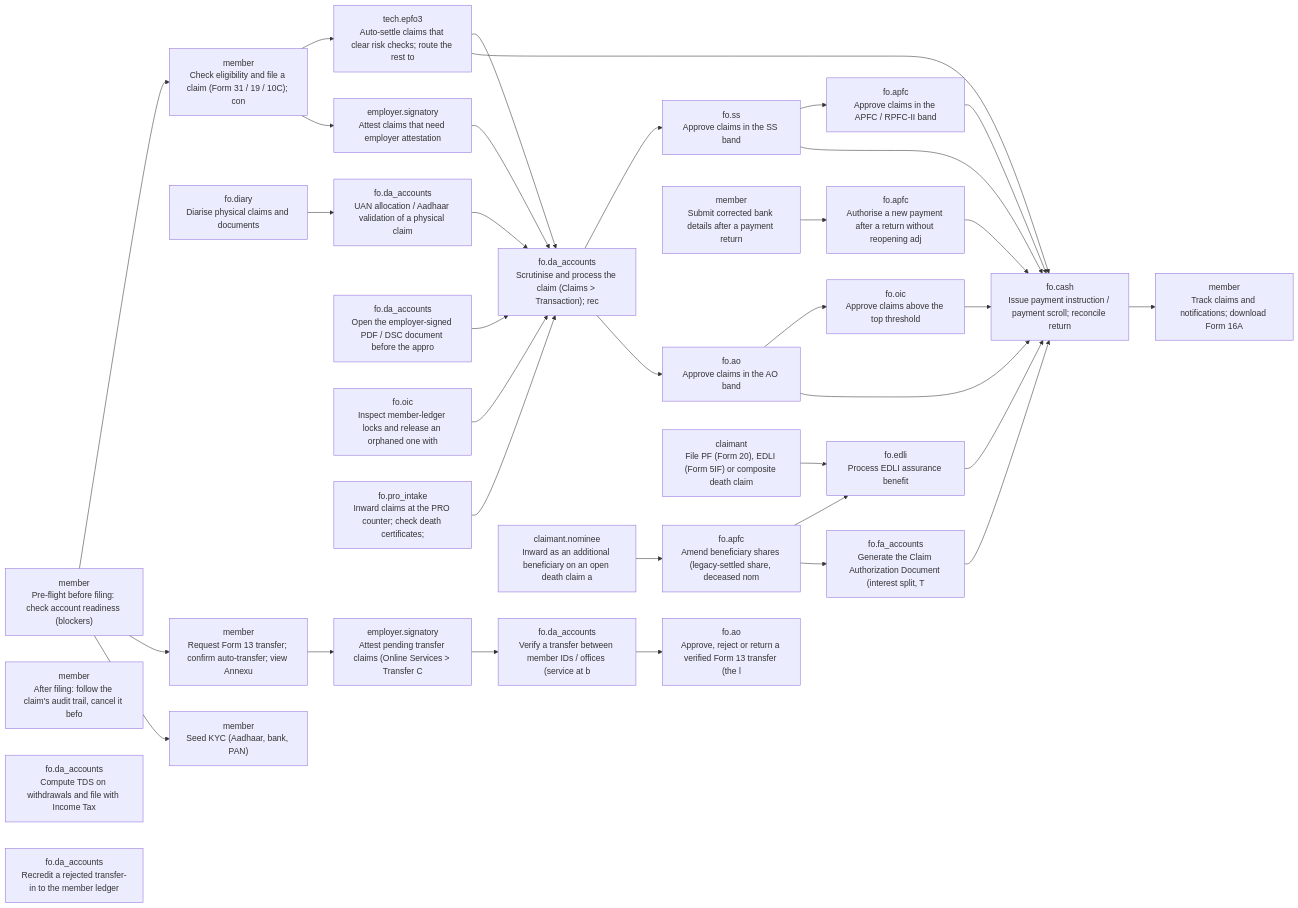
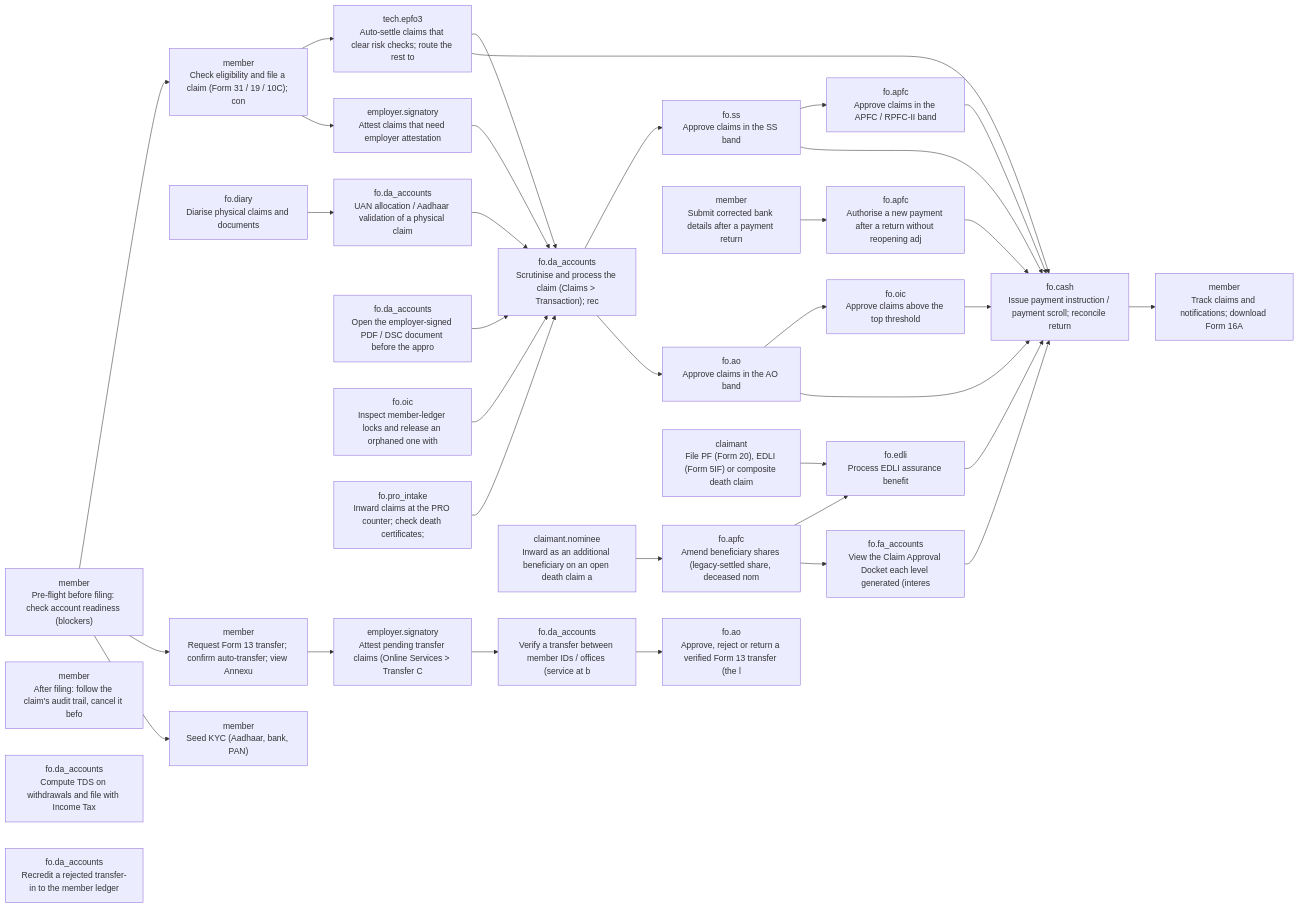
The fourth of 14 diagrams in docs/stakeholder-api-sets.md (gauravmeena0708/pf-life), drawn with Mermaid before and after one commit. The commit also changed other lines of this file and 47 other files, not shown here.

````diff
--- a/docs/stakeholder-api-sets.md
+++ b/docs/stakeholder-api-sets.md
@@ -1486,67 +1498,67 @@
 ```mermaid
 flowchart LR
   F04_preflight["member<br/>Pre-flight before filing: check account readiness (blockers)"]
   F04_claim_file["member<br/>Check eligibility and file a claim (Form 31 / 19 / 10C); con"]
   F04_auto_settle["tech.epfo3<br/>Auto-settle claims that clear risk checks; route the rest to"]
   F04_attest["employer.signatory<br/>Attest claims that need employer attestation"]
   F04_physical["fo.diary<br/>Diarise physical claims and documents"]
   F04_physical_validate["fo.da_accounts<br/>UAN allocation / Aadhaar validation of a physical claim"]
   F04_process["fo.da_accounts<br/>Scrutinise and process the claim (Claims > Transaction); rec"]
   F04_approve_ss["fo.ss<br/>Approve claims in the SS band"]
   F04_approve_ao["fo.ao<br/>Approve claims in the AO band"]
   F04_approve_apfc["fo.apfc<br/>Approve claims in the APFC / RPFC-II band"]
   F04_approve_oic["fo.oic<br/>Approve claims above the top threshold"]
   F04_pay["fo.cash<br/>Issue payment instruction / payment scroll; reconcile return"]
-  F04_cad["fo.fa_accounts<br/>Generate the Claim Authorization Document (interest split, T"]
+  F04_cad["fo.fa_accounts<br/>View the Claim Approval Docket each level generated (interes"]
   F04_post_submission["member<br/>After filing: follow the claim's audit trail, cancel it befo"]
   F04_redisburse_request["member<br/>Submit corrected bank details after a payment return"]
   F04_redisburse_approve["fo.apfc<br/>Authorise a new payment after a return without reopening adj"]
   F04_attestation_view["fo.da_accounts<br/>Open the employer-signed PDF / DSC document before the appro"]
   F04_lock_admin["fo.oic<br/>Inspect member-ledger locks and release an orphaned one with"]
   F04_pro_intake["fo.pro_intake<br/>Inward claims at the PRO counter; check death certificates; "]
   F04_track["member<br/>Track claims and notifications; download Form 16A"]
   F04_tds["fo.da_accounts<br/>Compute TDS on withdrawals and file with Income Tax"]
   F04_transfer["member<br/>Request Form 13 transfer; confirm auto-transfer; view Annexu"]
   F04_transfer_attest["employer.signatory<br/>Attest pending transfer claims (Online Services > Transfer C"]
   F04_transfer_process["fo.da_accounts<br/>Verify a transfer between member IDs / offices (service at b"]
   F04_transfer_decide["fo.ao<br/>Approve, reject or return a verified Form 13 transfer (the l"]
   F04_transfer_recredit["fo.da_accounts<br/>Recredit a rejected transfer-in to the member ledger"]
   F04_death_claim["claimant<br/>File PF (Form 20), EDLI (Form 5IF) or composite death claim"]
   F04_co_beneficiary["claimant.nominee<br/>Inward as an additional beneficiary on an open death claim a"]
   F04_shares["fo.apfc<br/>Amend beneficiary shares (legacy-settled share, deceased nom"]
   F04_edli["fo.edli<br/>Process EDLI assurance benefit"]
   F04_preflight --> F04_claim_file
   F04_preflight --> F04_transfer
   F02_kyc_seed["member<br/>Seed KYC (Aadhaar, bank, PAN)"]
   F04_preflight --> F02_kyc_seed
   F04_claim_file --> F04_auto_settle
   F04_claim_file --> F04_attest
   F04_auto_settle --> F04_process
   F04_auto_settle --> F04_pay
   F04_attest --> F04_process
   F04_physical --> F04_physical_validate
   F04_physical_validate --> F04_process
   F04_process --> F04_approve_ss
   F04_process --> F04_approve_ao
   F04_approve_ss --> F04_approve_apfc
   F04_approve_ss --> F04_pay
   F04_approve_ao --> F04_approve_oic
   F04_approve_ao --> F04_pay
   F04_approve_apfc --> F04_pay
   F04_approve_oic --> F04_pay
   F04_pay --> F04_track
   F04_cad --> F04_pay
   F04_redisburse_request --> F04_redisburse_approve
   F04_redisburse_approve --> F04_pay
   F04_attestation_view --> F04_process
   F04_lock_admin --> F04_process
   F04_pro_intake --> F04_process
   F04_transfer --> F04_transfer_attest
   F04_transfer_attest --> F04_transfer_process
   F04_transfer_process --> F04_transfer_decide
   F04_death_claim --> F04_edli
   F04_co_beneficiary --> F04_shares
   F04_shares --> F04_edli
   F04_shares --> F04_cad
   F04_edli --> F04_pay
 ```
````
